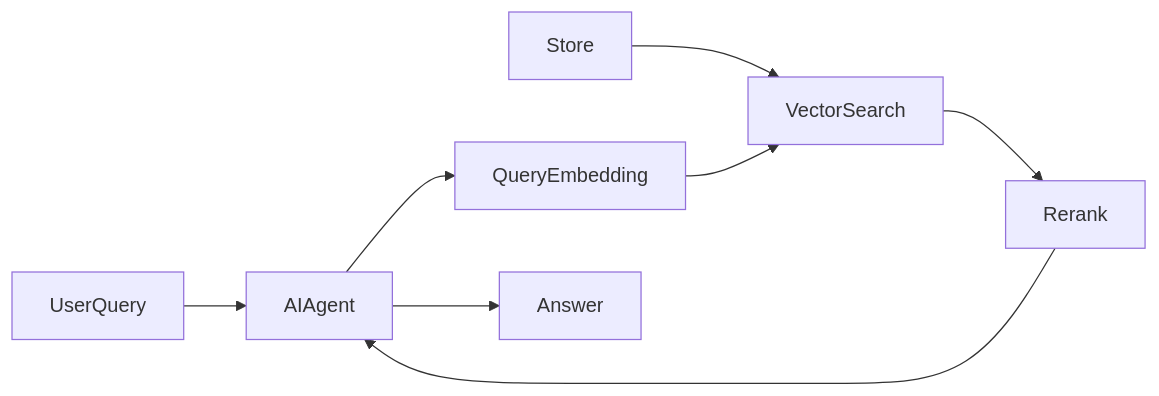
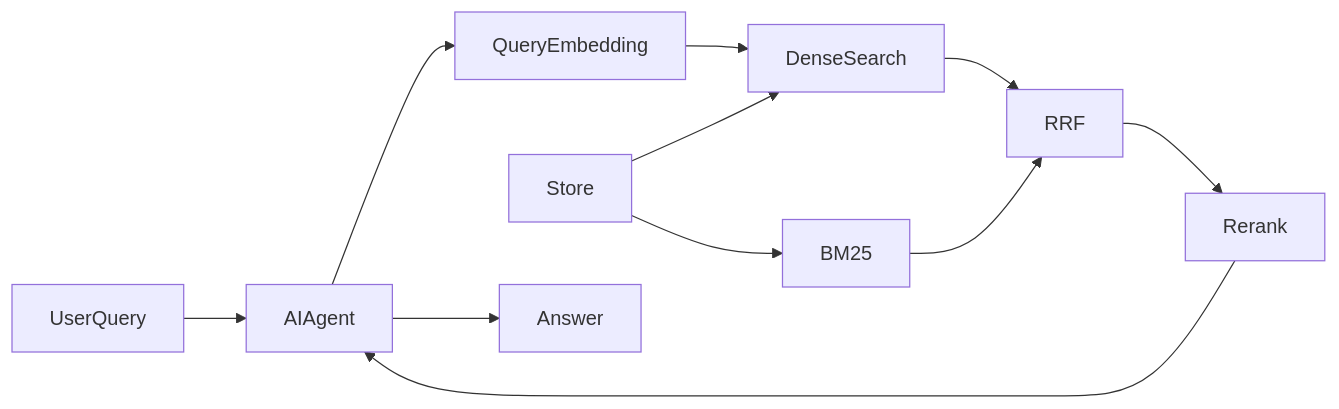
Before and after one commit to sanath95/Document-Knowledge-Base-with-Source-Grounding: the second of 2 diagrams in README.md, drawn with Mermaid. The commit also changed other lines of this file and 11 other files, not shown here.

````diff
--- a/README.md
+++ b/README.md
@@ -30,10 +30,13 @@
 ```mermaid
 flowchart LR
     UserQuery --> AIAgent
     AIAgent --> QueryEmbedding
-    Store --> VectorSearch
-    QueryEmbedding --> VectorSearch
-    VectorSearch --> Rerank
+    Store --> DenseSearch
+    QueryEmbedding --> DenseSearch
+    Store --> BM25
+    DenseSearch --> RRF
+    BM25 --> RRF
+    RRF --> Rerank
     Rerank --> AIAgent
     AIAgent --> Answer
 ```
````
